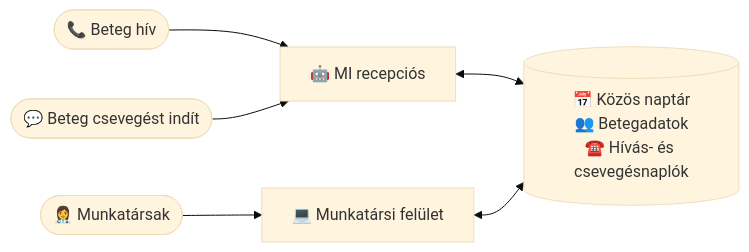
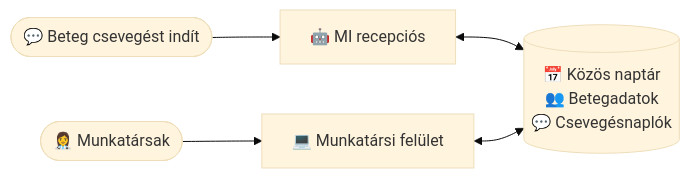
Before and after one commit to hbela/sunshine-dental: the first of 3 diagrams in docs/user-guide.hu.md, drawn with Mermaid (base theme). The commit also changed other lines of this file and 103 other files, not shown here.

````diff
--- a/docs/user-guide.hu.md
+++ b/docs/user-guide.hu.md
@@ -70,8 +56,7 @@
 ```mermaid
 flowchart LR
-    Patient([📞 Beteg hív]) --> AI[🤖 MI recepciós]
-    Chat([💬 Beteg csevegést indít]) --> AI
-    AI <--> Core[(📅 Közös naptár<br/>👥 Betegadatok<br/>☎️ Hívás- és csevegésnaplók)]
+    Chat([💬 Beteg csevegést indít]) --> AI[🤖 MI recepciós]
+    AI <--> Core[(📅 Közös naptár<br/>👥 Betegadatok<br/>💬 Csevegésnaplók)]
     Staff([👩‍⚕️ Munkatársak]) --> Dashboard[💻 Munkatársi felület]
     Dashboard <--> Core
 ```
````
